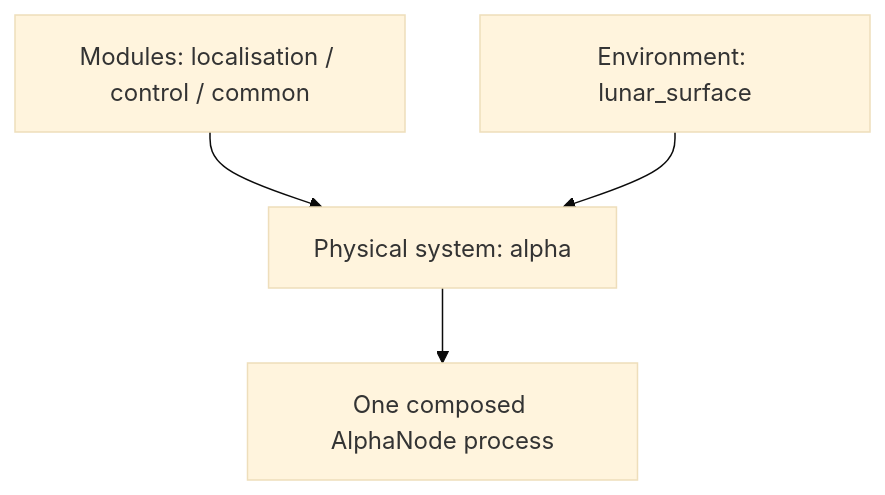
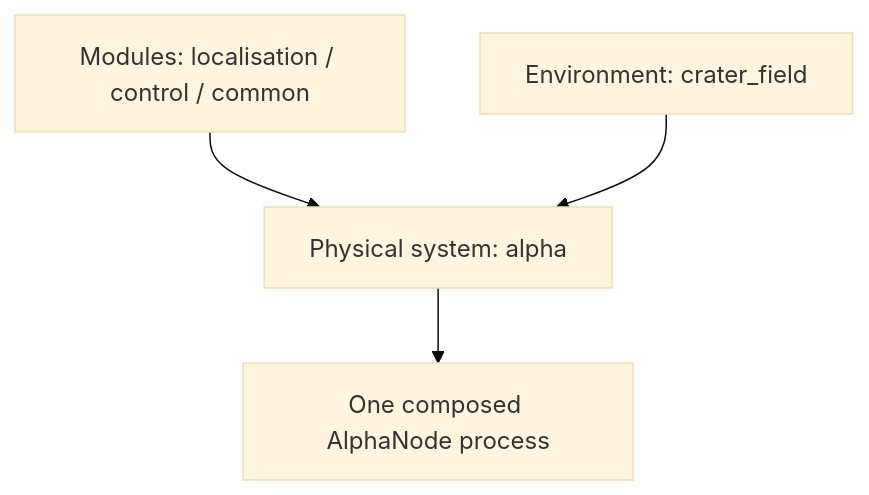
One commit to richarJ2002/lunar_simulator changed the diagram in docs/modules/index.md. Above: the diagram before and after it, drawn with Mermaid (base theme). The commit also changed other lines of this file and 151 other files, not shown here.

````diff
--- a/docs/modules/index.md
+++ b/docs/modules/index.md
@@ -20,6 +20,6 @@
 ```mermaid
 graph TD
     mod[Modules: localisation / control / common] --> sys[Physical system: alpha]
-    env[Environment: lunar_surface] --> sys
+    env[Environment: crater_field] --> sys
     sys --> run[One composed AlphaNode process]
 ```
````
